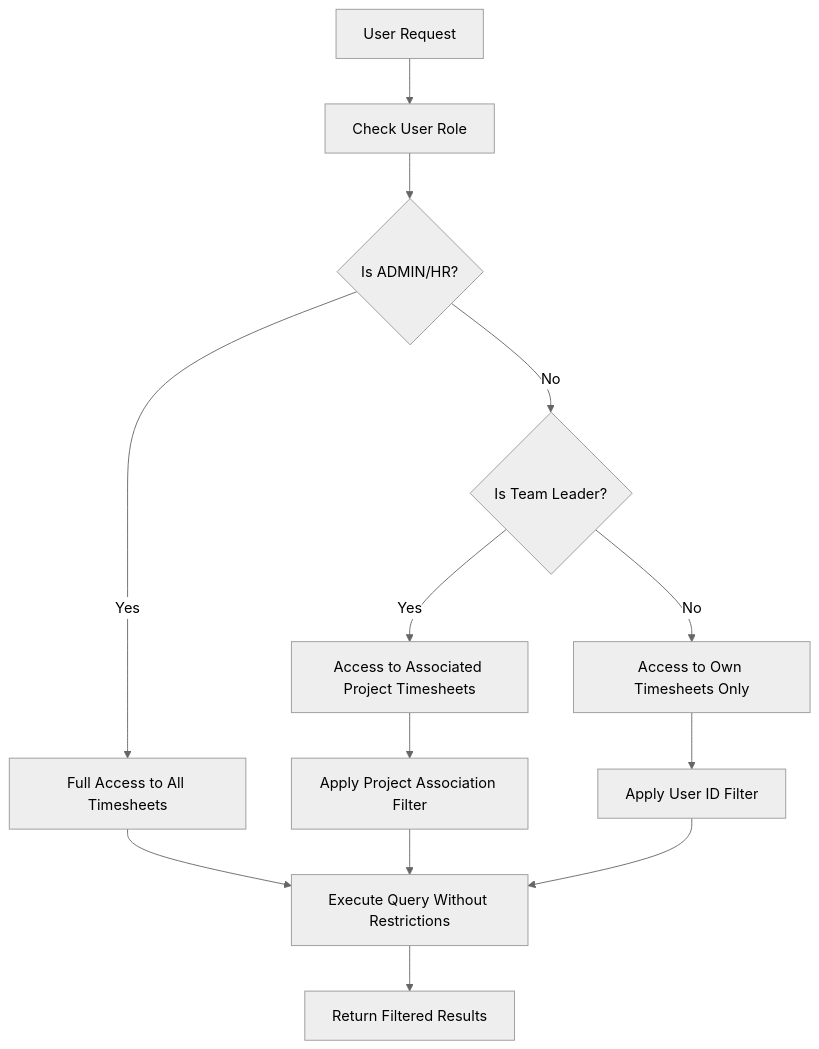
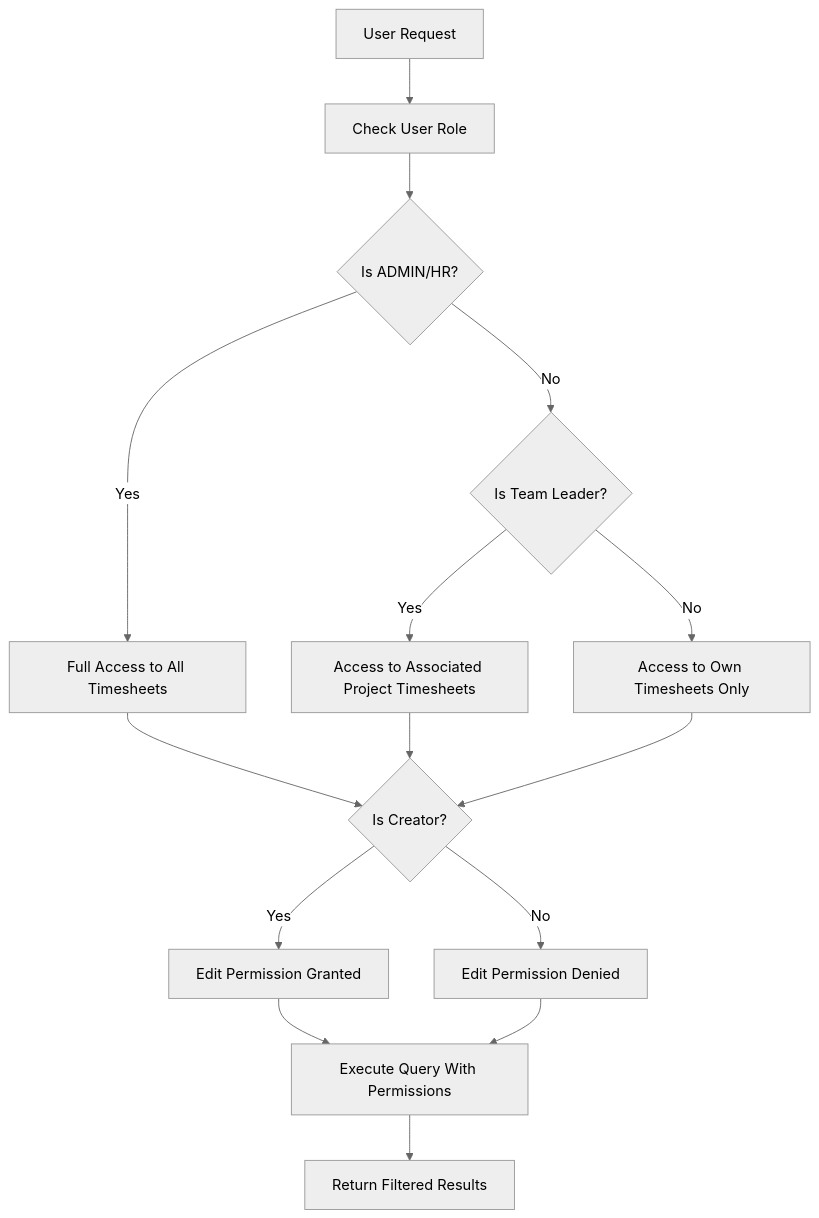
The seventh of 12 diagrams in .qoder/repowiki/en/content/Arquitetura Backend/Módulos do Sistema/Timesheet Semanal - Módulo Backend.md (RobertRuas/windlog), drawn with Mermaid (neutral theme) before and after one commit. The commit also changed other lines of this file and 45 other files, not shown here.

````diff
--- a/.qoder/repowiki/en/content/Arquitetura Backend/Módulos do Sistema/Timesheet Semanal - Módulo Backend.md
+++ b/.qoder/repowiki/en/content/Arquitetura Backend/Módulos do Sistema/Timesheet Semanal - Módulo Backend.md
@@ -501,15 +531,17 @@
 ```mermaid
 flowchart TD
 UserRequest["User Request"] --> RoleCheck["Check User Role"]
 RoleCheck --> Admin{"Is ADMIN/HR?"}
 Admin --> |Yes| FullAccess["Full Access to All Timesheets"]
 Admin --> |No| TeamLeader{"Is Team Leader?"}
 TeamLeader --> |Yes| ProjectRestricted["Access to Associated Project Timesheets"]
 TeamLeader --> |No| StandardUser["Access to Own Timesheets Only"]
-FullAccess --> ExecuteQuery["Execute Query Without Restrictions"]
-ProjectRestricted --> ApplyProjectFilter["Apply Project Association Filter"]
-StandardUser --> ApplyUserFilter["Apply User ID Filter"]
-ApplyProjectFilter --> ExecuteQuery
-ApplyUserFilter --> ExecuteQuery
+FullAccess --> CheckCreator{"Is Creator?"}
+ProjectRestricted --> CheckCreator
+StandardUser --> CheckCreator
+CheckCreator --> |Yes| EditAllowed["Edit Permission Granted"]
+CheckCreator --> |No| EditDenied["Edit Permission Denied"]
+EditAllowed --> ExecuteQuery["Execute Query With Permissions"]
+EditDenied --> ExecuteQuery
 ExecuteQuery --> ReturnResults["Return Filtered Results"]
 ```
````
